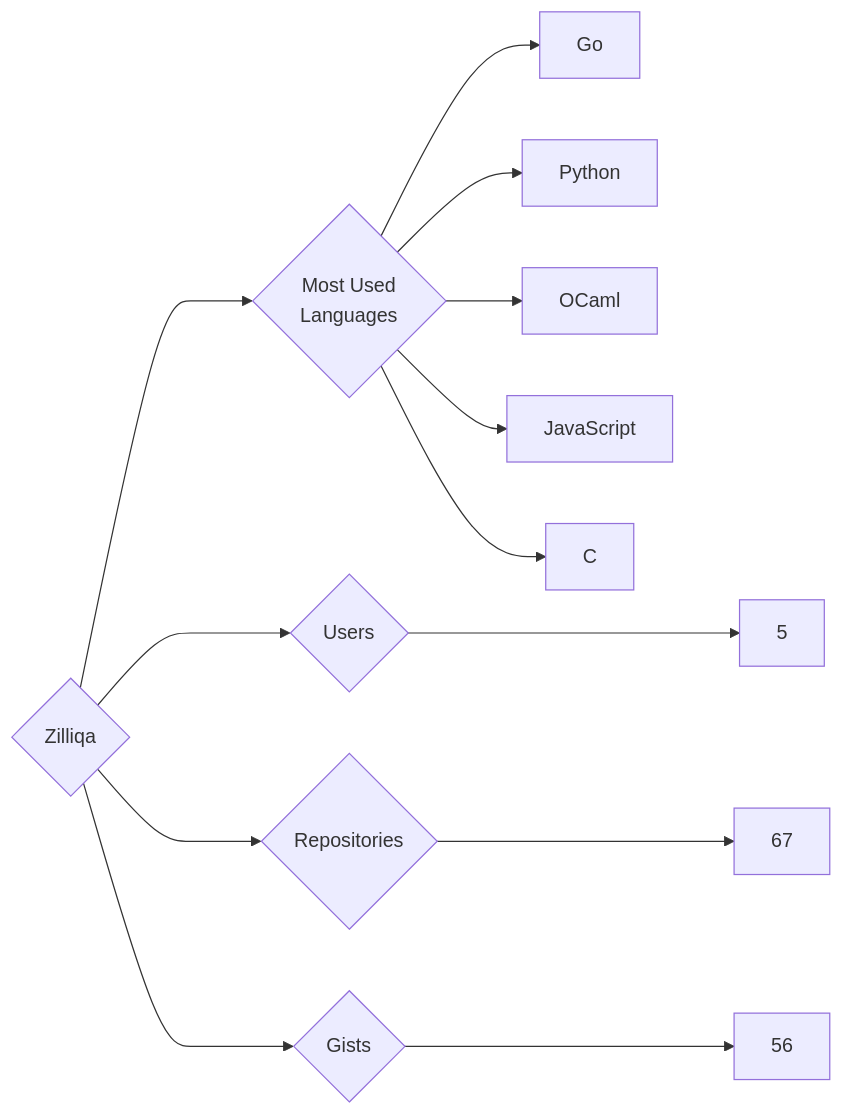
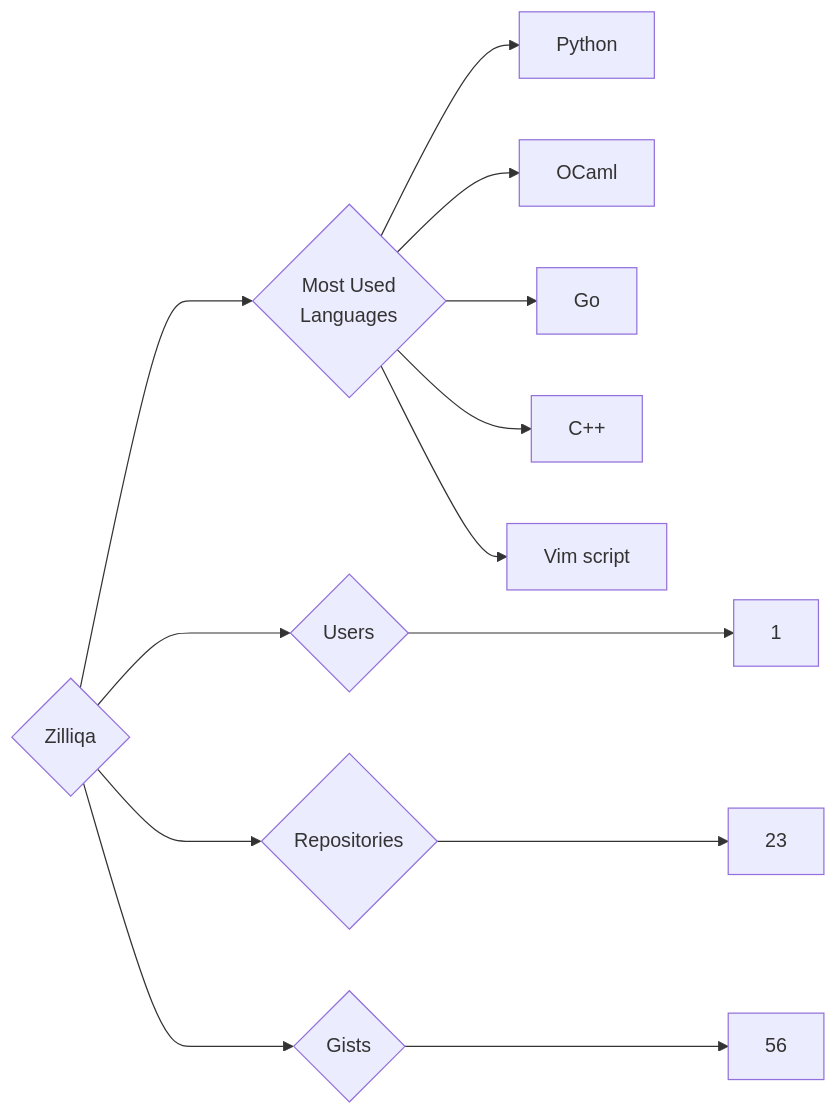
Before and after one commit to trickest/insiders: the diagram in targets/Zilliqa/README.md, drawn with Mermaid. The commit also changed 823 other files, not shown here.

````diff
--- a/targets/Zilliqa/README.md
+++ b/targets/Zilliqa/README.md
@@ -3,13 +3,13 @@
 ```mermaid
 graph LR
 COMPANY_NAME{Zilliqa}
-COMPANY_NAME ---> U{Users} ---> UN[5]
-COMPANY_NAME ---> R{Repositories} ---> RN[67]
+COMPANY_NAME ---> U{Users} ---> UN[1]
+COMPANY_NAME ---> R{Repositories} ---> RN[23]
 COMPANY_NAME ---> G{Gists} ---> GN[56]
 COMPANY_NAME ---> ML{Most Used<br>Languages}
-ML --> Go[Go]
 ML --> Python[Python]
 ML --> OCaml[OCaml]
-ML --> JavaScript[JavaScript]
-ML --> C[C]
+ML --> Go[Go]
+ML --> C++[C++]
+ML --> Vim_script[Vim script]
 ```
````
